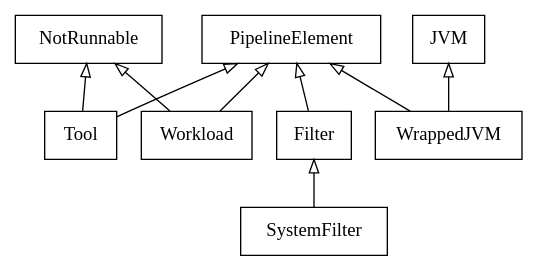
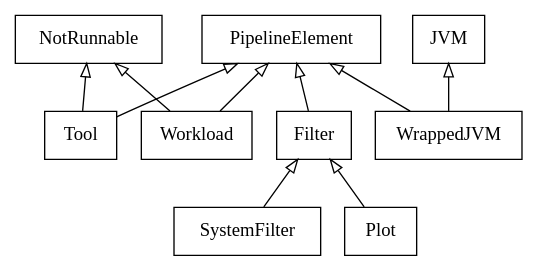
One commit to fhirschmann/penchy changed the diagram in docs/arch.rst. Above: the diagram before and after it, drawn with Graphviz.

Commit message:
doc.arch: Add Plot to class diagram.

```diff
--- a/docs/arch.rst
+++ b/docs/arch.rst
@@ -11,20 +11,21 @@
 .. graphviz::
 
     digraph Classes {
         rankdir = BT
         node [shape=box]
         edge [arrowhead = empty]
 
         Tool -> NotRunnable
         Tool -> PipelineElement
 
         Filter -> PipelineElement
         SystemFilter -> Filter
+        Plot -> Filter
 
         Workload -> NotRunnable
         Workload -> PipelineElement
 
         WrappedJVM -> JVM
         WrappedJVM -> PipelineElement
 
     }
```
